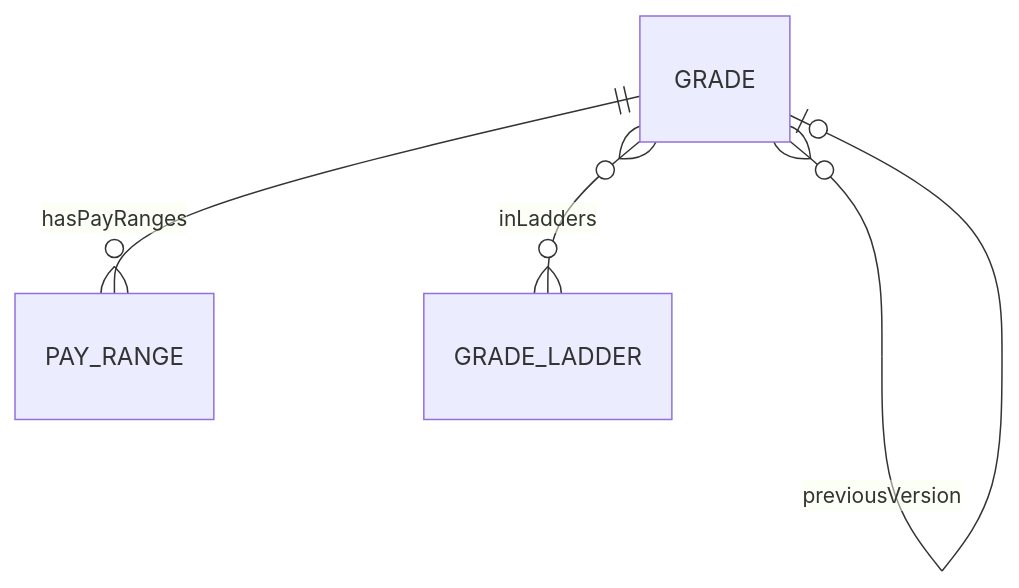
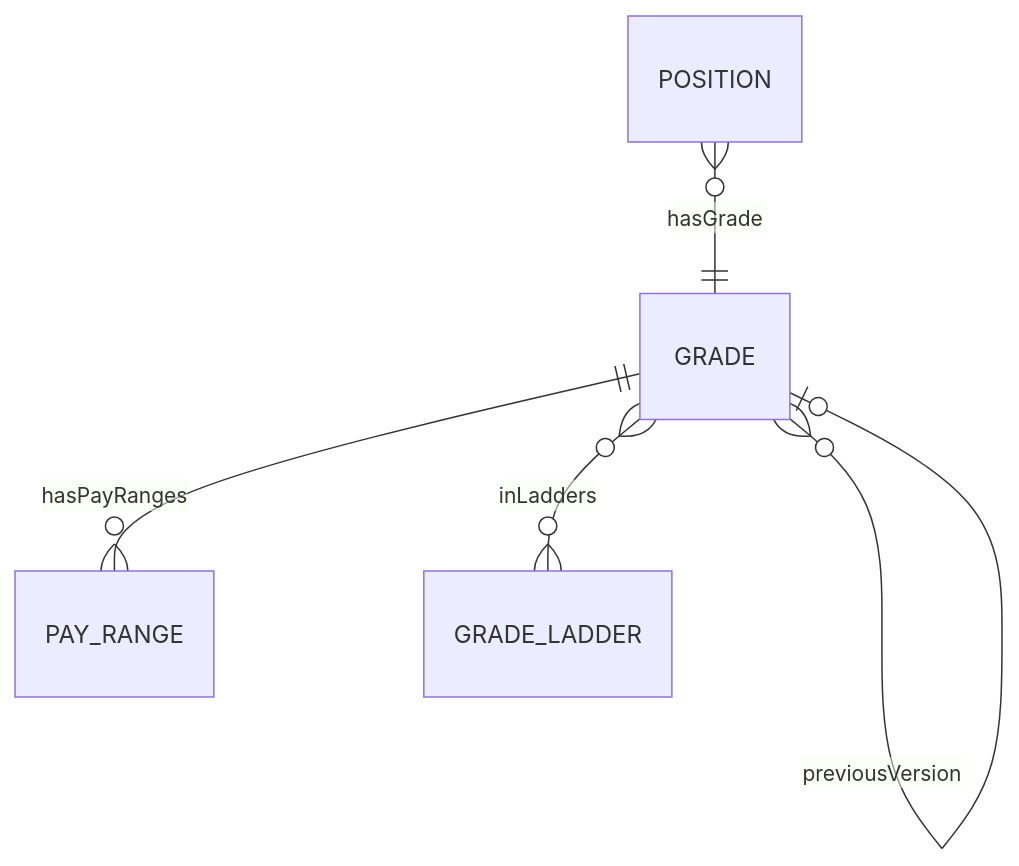
Before and after one commit to a4b-corporation/xTalent: the second of 4 diagrams in docs/01-modules/TR/00-ontology/domain/job-architecture/grade.onto.md, drawn with Mermaid. The commit also changed other lines of this file and 14 other files, not shown here.

````diff
--- a/docs/01-modules/TR/00-ontology/domain/job-architecture/grade.onto.md
+++ b/docs/01-modules/TR/00-ontology/domain/job-architecture/grade.onto.md
@@ -175,6 +186,7 @@
 ```mermaid
 erDiagram
     GRADE ||--o{ PAY_RANGE : "hasPayRanges"
     GRADE }o--o{ GRADE_LADDER : "inLadders"
     GRADE }o--o| GRADE : "previousVersion"
+    POSITION }o--|| GRADE : "hasGrade"
 ```
````
